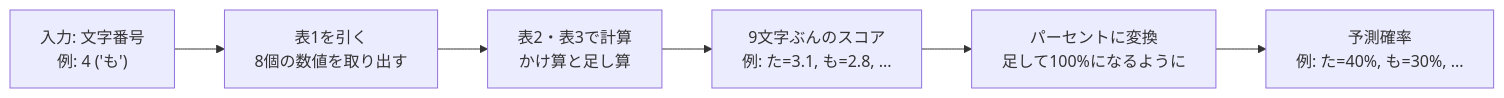
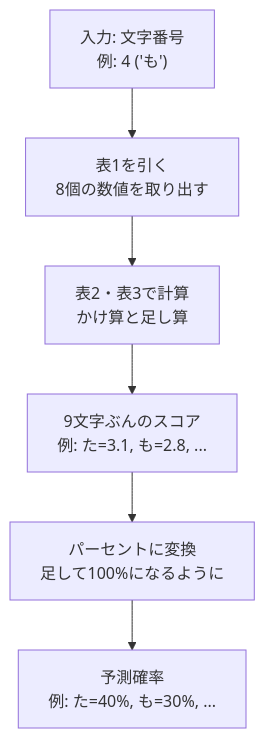
The second of 3 diagrams in README.md (tommykey0925/rawminilm), drawn with Mermaid before and after one commit.

Commit message:
change forward flow diagram from horizontal to vertical

````diff
--- a/README.md
+++ b/README.md
@@ -45,11 +45,11 @@
 ```mermaid
-flowchart LR
+flowchart TD
     A["入力: 文字番号<br>例: 4 ('も')"]
     B["表1を引く<br>8個の数値を取り出す"]
     C["表2・表3で計算<br>かけ算と足し算"]
     D["9文字ぶんのスコア<br>例: た=3.1, も=2.8, ..."]
     E["パーセントに変換<br>足して100%になるように"]
     F["予測確率<br>例: た=40%, も=30%, ..."]
 
     A --> B --> C --> D --> E --> F
 ```
````
